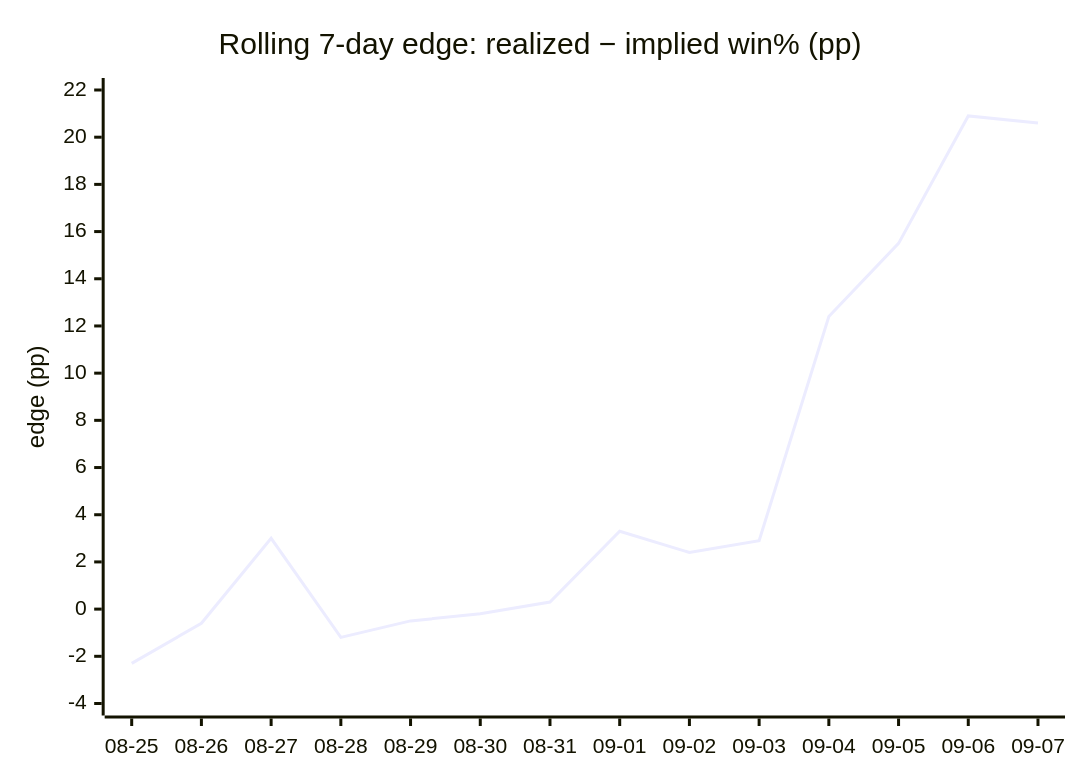
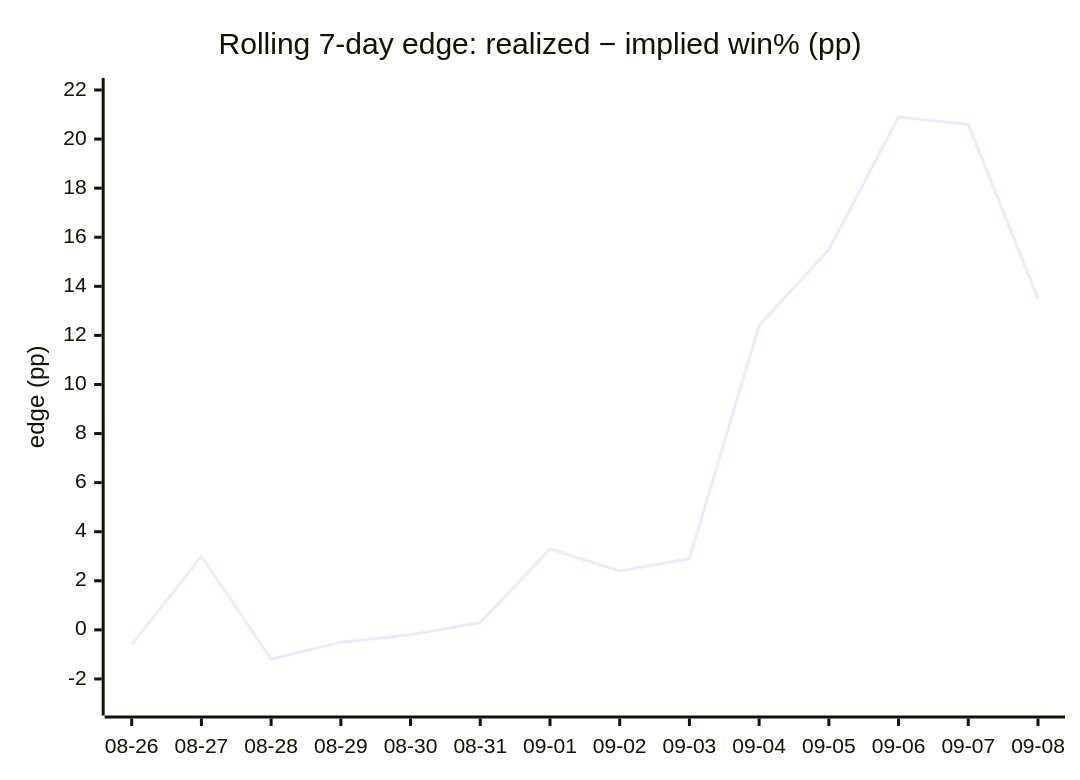
The fourth of 4 diagrams in DAILY_AGSU_REPORT.md (dpk1212/nhl-savant), drawn with Mermaid before and after one commit. The commit also changed other lines of this file, not shown here.

````diff
--- a/DAILY_AGSU_REPORT.md
+++ b/DAILY_AGSU_REPORT.md
@@ -864,7 +873,7 @@
 ```mermaid
 xychart-beta
     title "Rolling 7-day edge: realized − implied win% (pp)"
-    x-axis ["08-25", "08-26", "08-27", "08-28", "08-29", "08-30", "08-31", "09-01", "09-02", "09-03", "09-04", "09-05", "09-06", "09-07"]
-    y-axis "edge (pp)" -4 --> 22
-    line [-2.3, -0.6, 3, -1.2, -0.5, -0.2, 0.3, 3.3, 2.4, 2.9, 12.4, 15.5, 20.9, 20.6]
+    x-axis ["08-26", "08-27", "08-28", "08-29", "08-30", "08-31", "09-01", "09-02", "09-03", "09-04", "09-05", "09-06", "09-07", "09-08"]
+    y-axis "edge (pp)" -3 --> 22
+    line [-0.6, 3, -1.2, -0.5, -0.2, 0.3, 3.3, 2.4, 2.9, 12.4, 15.5, 20.9, 20.6, 13.5]
 ```
````
